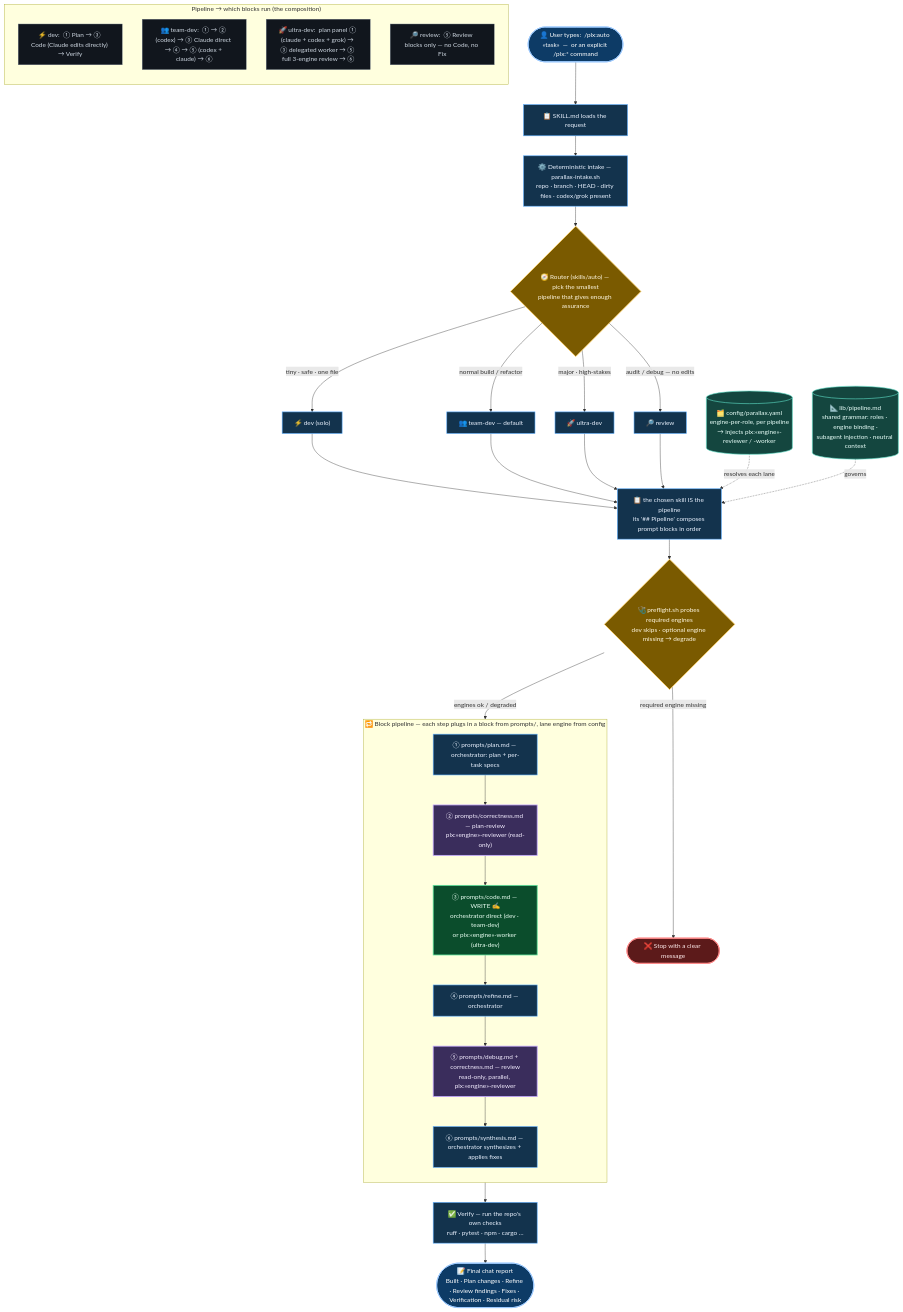
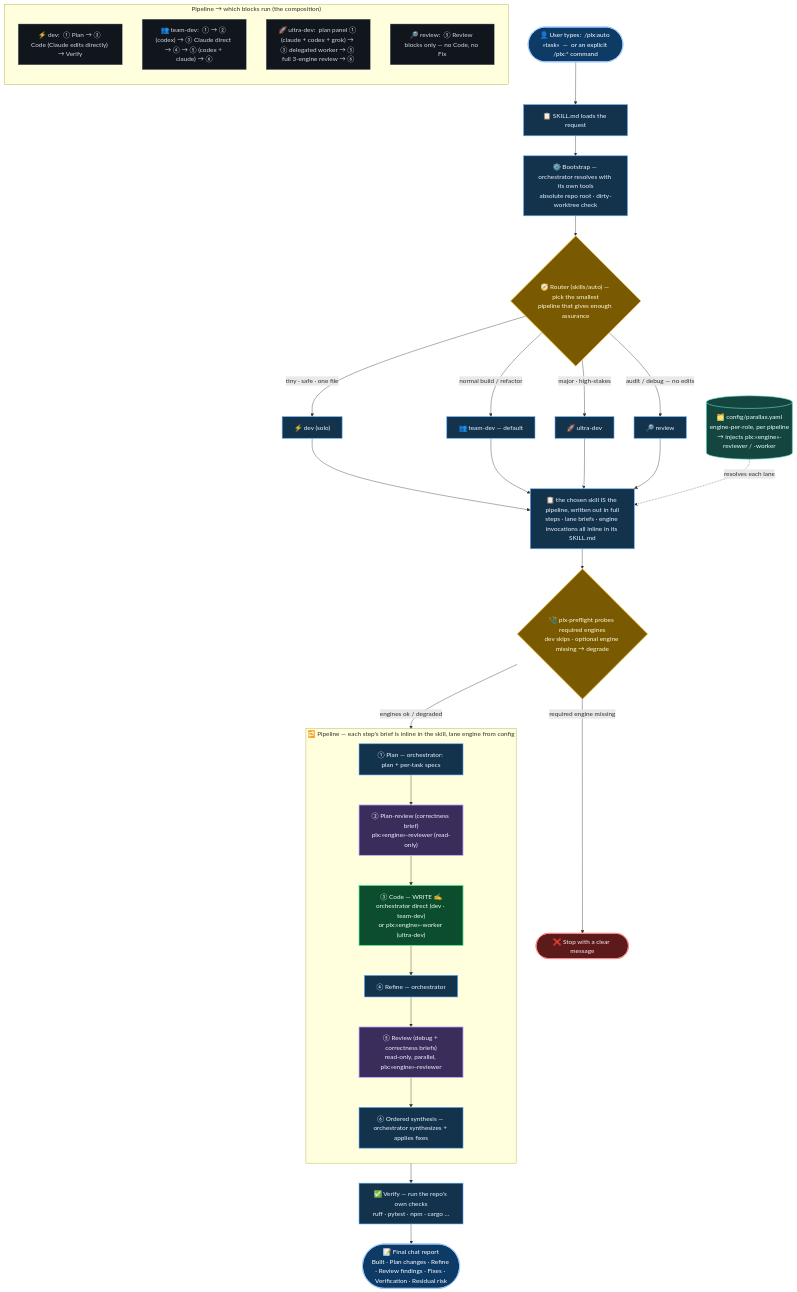
One commit to dshap474/parallax changed the diagram in docs/diagrams/plx_flow.mmd. Above: the diagram before and after it, drawn with Mermaid. The commit also changed 50 other files, not shown here.

First line of the commit message:
refactor: bin/ engine API, skeleton engine agents, self-contained skills; disable team/ultra tiers

```diff
--- a/docs/diagrams/plx_flow.mmd
+++ b/docs/diagrams/plx_flow.mmd
@@ -1,61 +1,60 @@
 flowchart TD
     U(["👤 User types:  /plx:auto «task»  —  or an explicit /plx:* command"]) --> SKL["📋 SKILL.md loads the request"]
-    SKL --> IN["⚙️ Deterministic intake — parallax-intake.sh<br/>repo · branch · HEAD · dirty files · codex/grok present"]
+    SKL --> IN["⚙️ Bootstrap — orchestrator resolves with its own tools<br/>absolute repo root · dirty-worktree check"]
     IN --> RT{"🧭 Router (skills/auto) — pick the smallest<br/>pipeline that gives enough assurance"}
 
     RT -->|"tiny · safe · one file"| P1["⚡ dev (solo)"]
     RT -->|"normal build / refactor"| P2["👥 team-dev — default"]
     RT -->|"major · high-stakes"| P3["🚀 ultra-dev"]
     RT -->|"audit / debug — no edits"| P4["🔎 review"]
 
-    P1 --> SK["📋 the chosen skill IS the pipeline<br/>its '## Pipeline' composes prompt blocks in order"]
+    P1 --> SK["📋 the chosen skill IS the pipeline, written out in full<br/>steps · lane briefs · engine invocations all inline in its SKILL.md"]
     P2 --> SK
     P3 --> SK
     P4 --> SK
 
     CFG[("🗂️ config/parallax.yaml<br/>engine-per-role, per pipeline<br/>→ injects plx:«engine»-reviewer / -worker")] -. "resolves each lane" .-> SK
-    GR[("📐 lib/pipeline.md<br/>shared grammar: roles · engine binding ·<br/>subagent injection · neutral context")] -. "governs" .-> SK
 
-    SK --> PF{"🩺 preflight.sh probes required engines<br/>dev skips · optional engine missing → degrade"}
+    SK --> PF{"🩺 plx-preflight probes required engines<br/>dev skips · optional engine missing → degrade"}
     PF -->|"required engine missing"| STOP(["❌ Stop with a clear message"])
     PF -->|"engines ok / degraded"| PIPE
 
-    subgraph PIPE ["🔁 Block pipeline — each step plugs in a block from prompts/, lane engine from config"]
+    subgraph PIPE ["🔁 Pipeline — each step's brief is inline in the skill, lane engine from config"]
       direction TB
-      S1["① prompts/plan.md — orchestrator: plan + per-task specs"] --> S2["② prompts/correctness.md — plan-review<br/>plx:«engine»-reviewer (read-only)"]
-      S2 --> S3["③ prompts/code.md — WRITE ✍️<br/>orchestrator direct (dev · team-dev)<br/>or plx:«engine»-worker (ultra-dev)"]
-      S3 --> S4["④ prompts/refine.md — orchestrator"]
-      S4 --> S5["⑤ prompts/debug.md + correctness.md — review<br/>read-only, parallel, plx:«engine»-reviewer"]
-      S5 --> S6["⑥ prompts/synthesis.md — orchestrator synthesizes + applies fixes"]
+      S1["① Plan — orchestrator: plan + per-task specs"] --> S2["② Plan-review (correctness brief)<br/>plx:«engine»-reviewer (read-only)"]
+      S2 --> S3["③ Code — WRITE ✍️<br/>orchestrator direct (dev · team-dev)<br/>or plx:«engine»-worker (ultra-dev)"]
+      S3 --> S4["④ Refine — orchestrator"]
+      S4 --> S5["⑤ Review (debug + correctness briefs)<br/>read-only, parallel, plx:«engine»-reviewer"]
+      S5 --> S6["⑥ Ordered synthesis — orchestrator synthesizes + applies fixes"]
     end
 
     PIPE --> V["✅ Verify — run the repo's own checks<br/>ruff · pytest · npm · cargo …"]
     V --> REP(["📝 Final chat report<br/>Built · Plan changes · Refine · Review findings · Fixes · Verification · Residual risk"])
 
     subgraph LEG ["Pipeline → which blocks run (the composition)"]
       direction TB
       L1["⚡ dev:  ① Plan → ③ Code (Claude edits directly) → Verify"]
       L2["👥 team-dev:  ① → ② (codex) → ③ Claude direct → ④ → ⑤ (codex + claude) → ⑥"]
       L3["🚀 ultra-dev:  plan panel ① (claude + codex + grok) → ③ delegated worker → ⑤ full 3-engine review → ⑥"]
       L4["🔎 review:  ⑤ Review blocks only — no Code, no Fix"]
     end
 
     classDef start fill:#0d3b66,stroke:#9ecbff,stroke-width:2px,color:#ffffff
     classDef step fill:#13334d,stroke:#5fb0ff,stroke-width:1.5px,color:#eaf2ff
     classDef decision fill:#7a5a00,stroke:#ffd166,stroke-width:2px,color:#fff8e1
     classDef write fill:#0b4d2c,stroke:#5ce39b,stroke-width:2px,color:#eafff3
     classDef review fill:#3a2d5c,stroke:#c2a8ff,stroke-width:2px,color:#f3edff
     classDef stop fill:#5c1a1a,stroke:#ff8a8a,stroke-width:2px,color:#ffecec
     classDef cfg fill:#14463f,stroke:#5fe0c8,stroke-width:1.5px,color:#e8fff9
     classDef legend fill:#11161d,stroke:#6b7785,stroke-width:1px,color:#cdd6e0
 
     class U,REP start
     class SKL,IN,V,SK step
     class RT,PF decision
     class S3 write
     class S2,S5 review
     class STOP stop
-    class CFG,GR cfg
+    class CFG cfg
     class P1,P2,P3,P4 step
     class S1,S4,S6 step
     class L1,L2,L3,L4 legend
```
